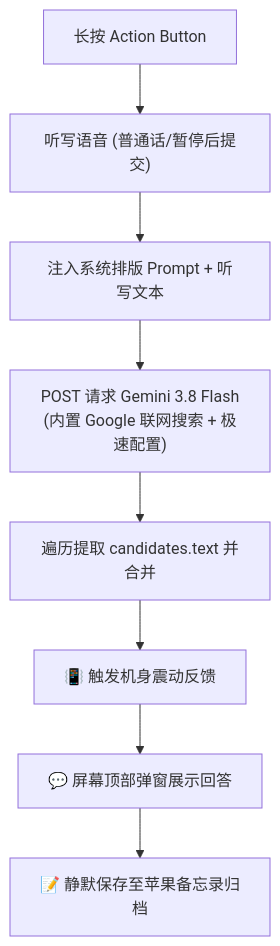
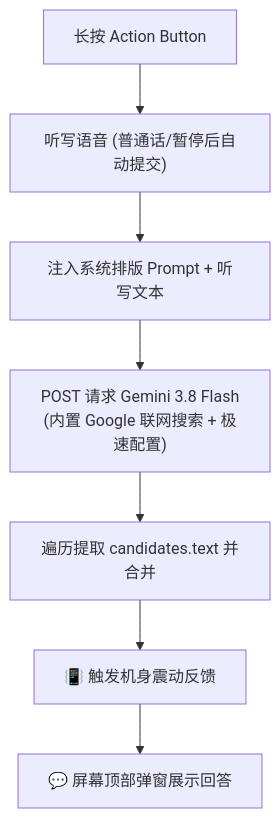
One commit to hao77178787/iphone-action-button-ai-shortcuts changed the diagram in README.md. Above: the diagram before and after it, drawn with Mermaid. The commit also changed other lines of this file, not shown here.

````diff
--- a/README.md
+++ b/README.md
@@ -46,10 +46,9 @@
 ```mermaid
 flowchart TD
-    A["长按 Action Button"] --> B["听写语音 (普通话/暂停后提交)"]
+    A["长按 Action Button"] --> B["听写语音 (普通话/暂停后自动提交)"]
     B --> C["注入系统排版 Prompt + 听写文本"]
     C --> D["POST 请求 Gemini 3.8 Flash\n(内置 Google 联网搜索 + 极速配置)"]
     D --> E["遍历提取 candidates.text 并合并"]
     E --> F["📳 触发机身震动反馈"]
     F --> G["💬 屏幕顶部弹窗展示回答"]
-    G --> H["📝 静默保存至苹果备忘录归档"]
 ```
````
